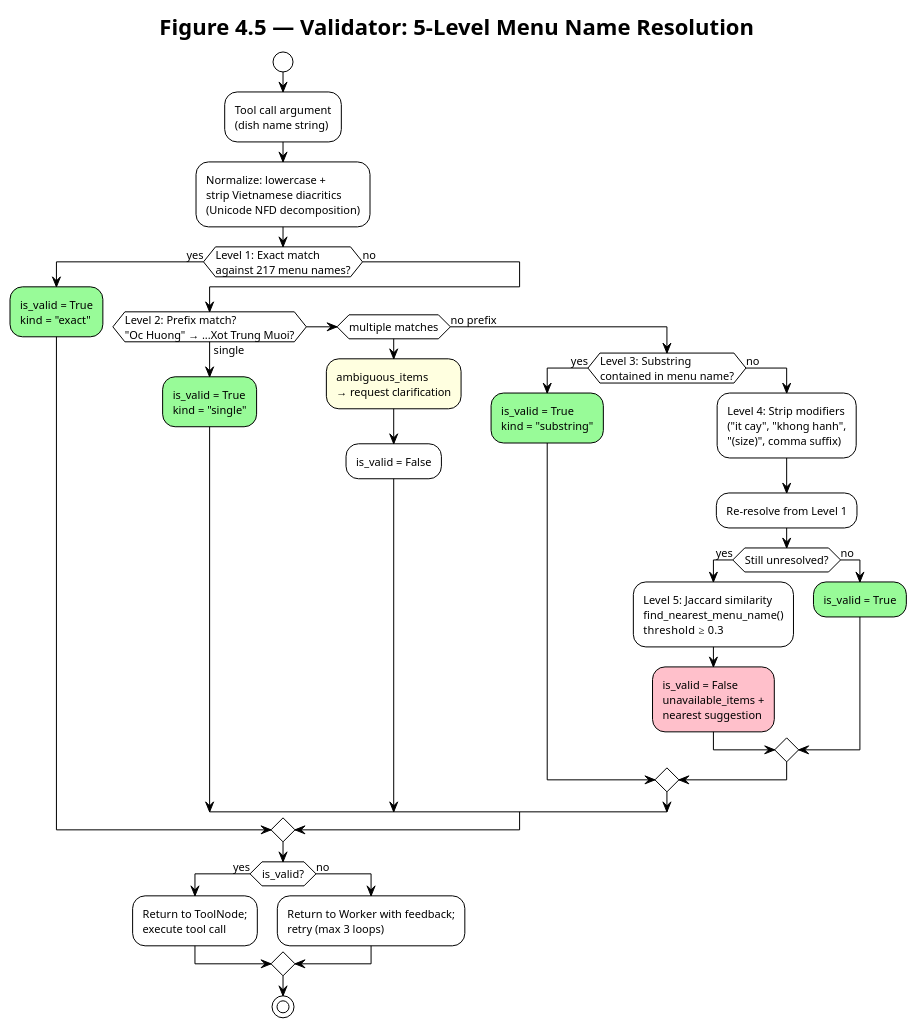
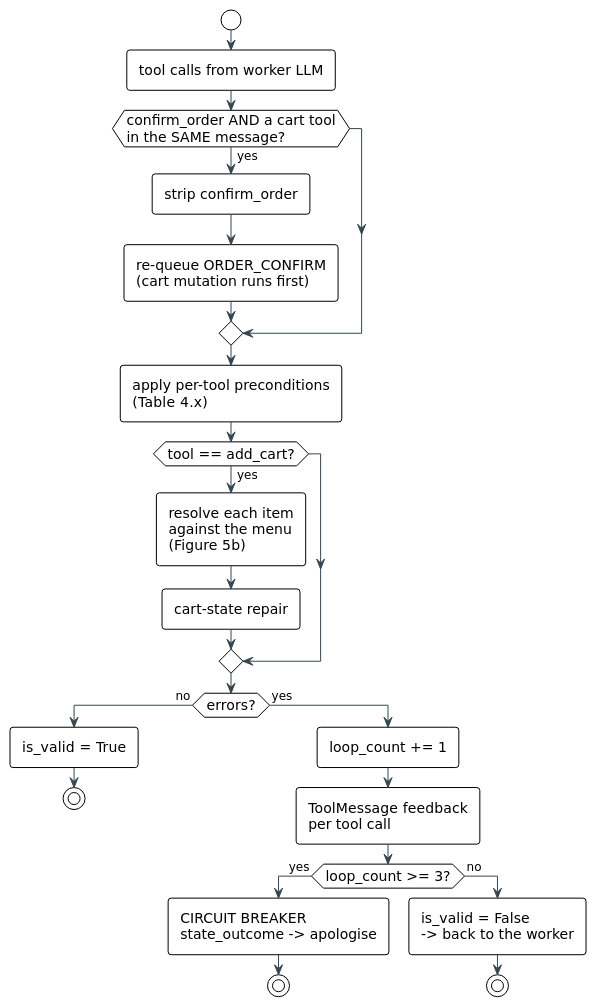
The fifth of 17 diagrams in docs/thesis/diagram.md (ThinhQuocLe007/AIWaiter), drawn with PlantUML before and after one commit. The commit also changed other lines of this file and 45 other files, not shown here.

````diff
--- a/docs/thesis/diagram.md
+++ b/docs/thesis/diagram.md
@@ -792,47 +457,49 @@
 ```plantuml
 @startuml
+' ── print profile (see "Rendering" at the top of this file) ──
 !theme plain
 skinparam backgroundColor #FFFFFF
-skinparam defaultFontSize 11
-
-title Figure 4.5 — Validator: 5-Level Menu Name Resolution
+skinparam defaultFontName "DejaVu Sans"
+skinparam defaultFontSize 14
+skinparam shadowing false
+skinparam nodesep 18
+skinparam ranksep 24
+skinparam padding 2
+skinparam roundCorner 6
+skinparam ArrowColor #37474F
+skinparam ArrowFontSize 12
+skinparam NoteBackgroundColor #FFFDE7
+skinparam NoteFontSize 11
 
 start
-:Tool call argument\n(dish name string);
+:tool calls from worker LLM;
 
-:Normalize: lowercase +\nstrip Vietnamese diacritics\n(Unicode NFD decomposition);
+if (confirm_order AND a cart tool\nin the SAME message?) then (yes)
+  :strip confirm_order;
+  :re-queue ORDER_CONFIRM\n(cart mutation runs first);
+endif
 
-if (Level 1: Exact match\nagainst 217 menu names?) then (yes)
-  #palegreen:is_valid = True\nkind = "exact";
-else (no)
-  if (Level 2: Prefix match?\n"Oc Huong" → ...Xot Trung Muoi?) then (single)
-    #palegreen:is_valid = True\nkind = "single";
-  elseif (multiple matches)
-    #lightyellow:ambiguous_items\n→ request clarification;
-    :is_valid = False;
-  else (no prefix)
-    if (Level 3: Substring\ncontained in menu name?) then (yes)
-      #palegreen:is_valid = True\nkind = "substring";
-    else (no)
-      :Level 4: Strip modifiers\n("it cay", "khong hanh",\n"(size)", comma suffix);
-      :Re-resolve from Level 1;
-      if (Still unresolved?) then (yes)
-        :Level 5: Jaccard similarity\nfind_nearest_menu_name()\nthreshold ≥ 0.3;
-        #pink:is_valid = False\nunavailable_items +\nnearest suggestion;
-      else (no)
-        #palegreen:is_valid = True;
-      endif
-    endif
+:apply per-tool preconditions\n(Table 4.x);
+
+if (tool == add_cart?) then (yes)
+  :resolve each item\nagainst the menu\n(Figure 5b);
+  :cart-state repair;
+endif
+
+if (errors?) then (no)
+  :is_valid = True;
+  stop
+else (yes)
+  :loop_count += 1;
+  :ToolMessage feedback\nper tool call;
+  if (loop_count >= 3?) then (yes)
+    :CIRCUIT BREAKER\nstate_outcome -> apologise;
+    stop
+  else (no)
+    :is_valid = False\n-> back to the worker;
+    stop
   endif
 endif
 
-if (is_valid?) then (yes)
-  :Return to ToolNode;\nexecute tool call;
-else (no)
-  :Return to Worker with feedback;\nretry (max 3 loops);
-endif
-
-stop
-
 @enduml
 ```
````
